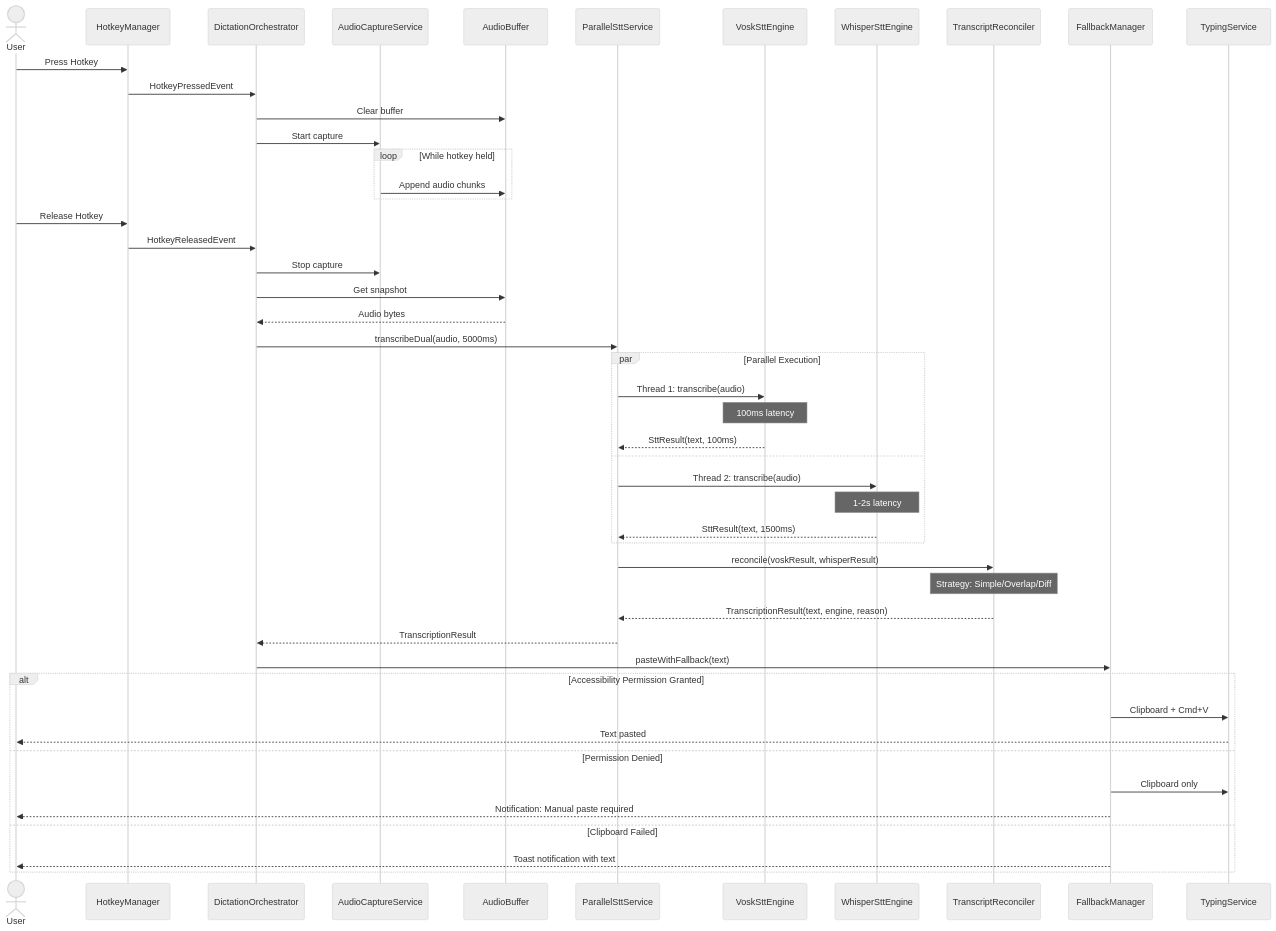
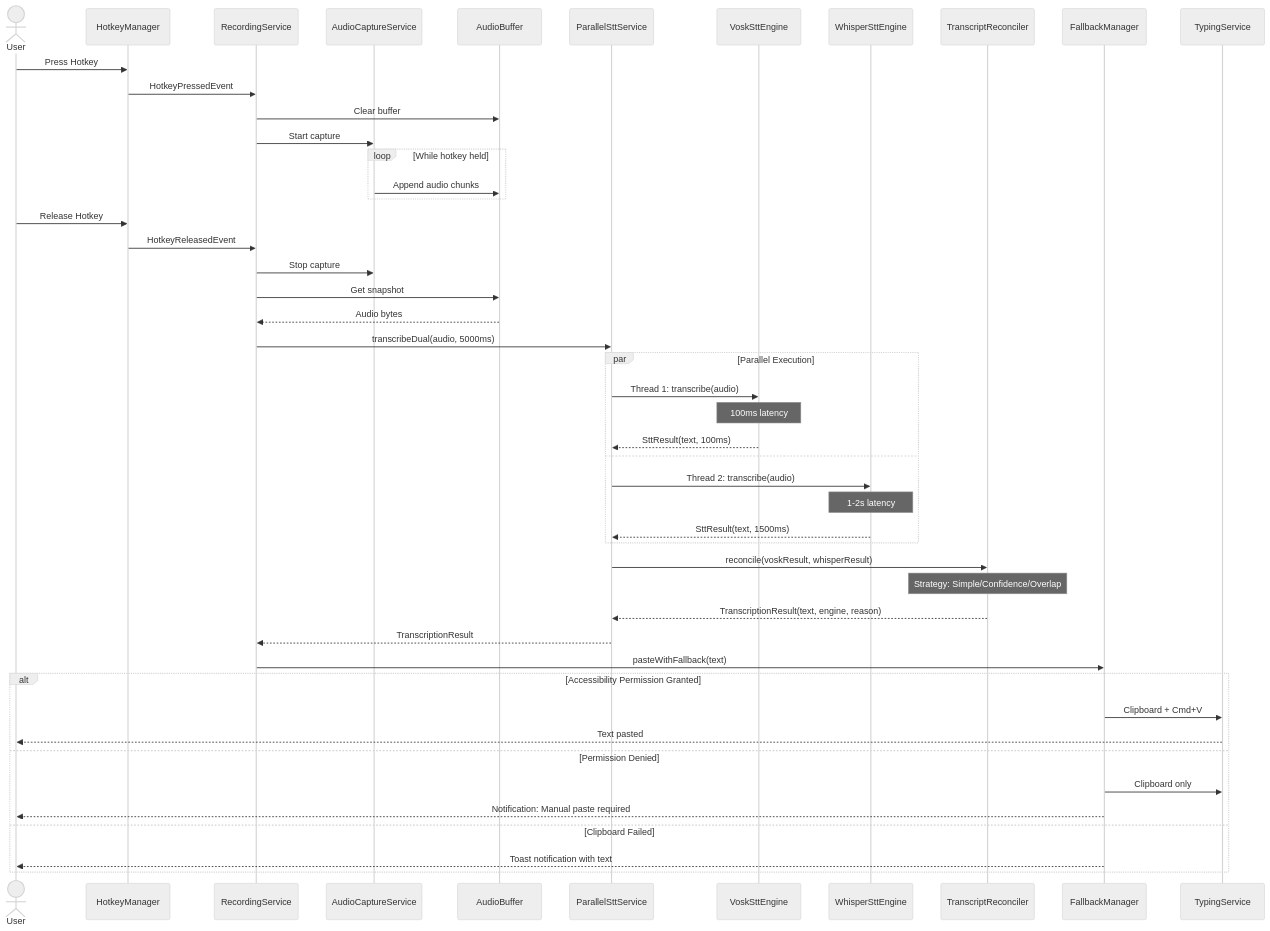
Before and after one commit to phillippitts/speakToMack: the first of 6 diagrams in docs/diagrams/data-flow-diagram.md, drawn with Mermaid (neutral theme). The commit also changed other lines of this file and 18 other files, not shown here.

````diff
--- a/docs/diagrams/data-flow-diagram.md
+++ b/docs/diagrams/data-flow-diagram.md
@@ -5,58 +5,58 @@
 ```mermaid
 sequenceDiagram
     actor User
     participant HK as HotkeyManager
-    participant Orch as DictationOrchestrator
+    participant Orch as RecordingService
     participant Audio as AudioCaptureService
     participant Buffer as AudioBuffer
     participant PSS as ParallelSttService
     participant Vosk as VoskSttEngine
     participant Whisper as WhisperSttEngine
     participant Rec as TranscriptReconciler
     participant FB as FallbackManager
     participant Type as TypingService
     
     User->>HK: Press Hotkey
     HK->>Orch: HotkeyPressedEvent
     Orch->>Buffer: Clear buffer
     Orch->>Audio: Start capture
     
     loop While hotkey held
         Audio->>Buffer: Append audio chunks
     end
     
     User->>HK: Release Hotkey
     HK->>Orch: HotkeyReleasedEvent
     Orch->>Audio: Stop capture
     Orch->>Buffer: Get snapshot
     Buffer-->>Orch: Audio bytes
     
     Orch->>PSS: transcribeDual(audio, 5000ms)
     
     par Parallel Execution
         PSS->>Vosk: Thread 1: transcribe(audio)
         Note over Vosk: 100ms latency
         Vosk-->>PSS: SttResult(text, 100ms)
     and
         PSS->>Whisper: Thread 2: transcribe(audio)
         Note over Whisper: 1-2s latency
         Whisper-->>PSS: SttResult(text, 1500ms)
     end
     
     PSS->>Rec: reconcile(voskResult, whisperResult)
-    Note over Rec: Strategy: Simple/Overlap/Diff
+    Note over Rec: Strategy: Simple/Confidence/Overlap
     Rec-->>PSS: TranscriptionResult(text, engine, reason)
     PSS-->>Orch: TranscriptionResult
     
     Orch->>FB: pasteWithFallback(text)
     
     alt Accessibility Permission Granted
         FB->>Type: Clipboard + Cmd+V
         Type-->>User: Text pasted
     else Permission Denied
         FB->>Type: Clipboard only
         FB-->>User: Notification: Manual paste required
     else Clipboard Failed
         FB-->>User: Toast notification with text
     end
 ```
````
